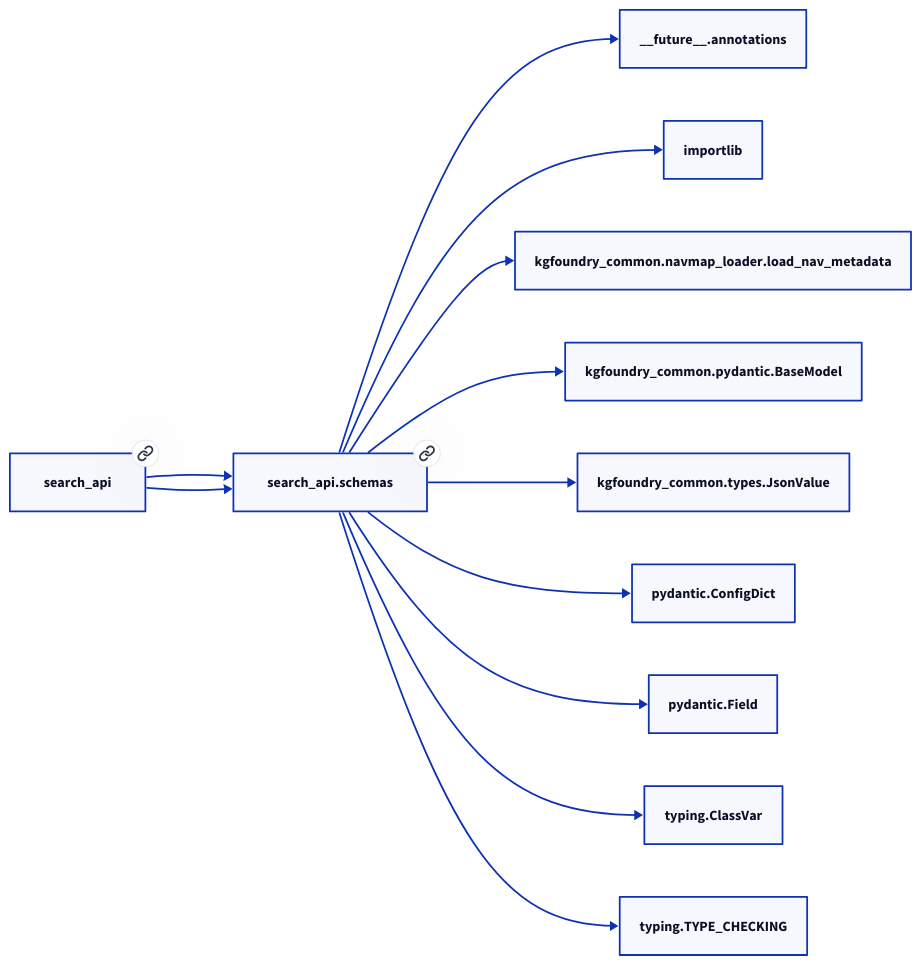
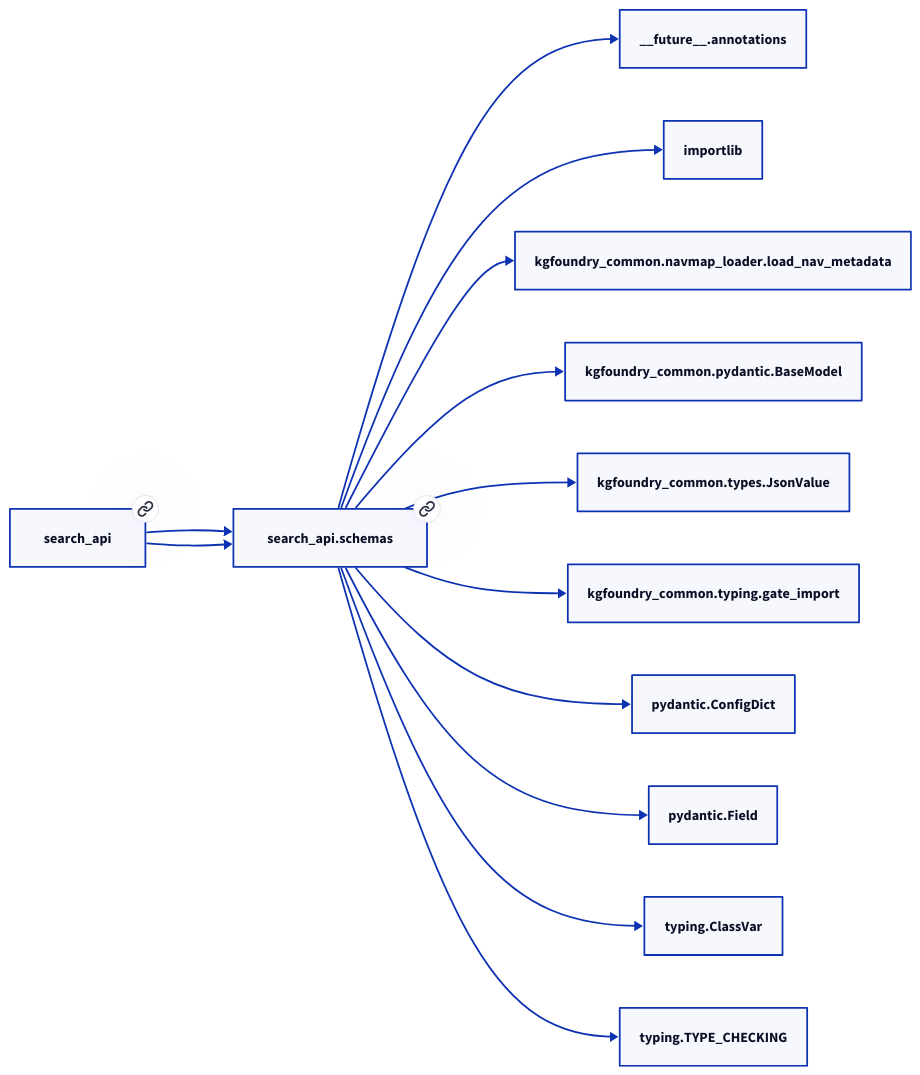
One commit to paul-heyse/kgforge changed the second of 2 diagrams in docs/modules/search_api/schemas.md. Above: the diagram before and after it, drawn with D2. The commit also changed other lines of this file and 107 other files, not shown here.

````diff
--- a/docs/modules/search_api/schemas.md
+++ b/docs/modules/search_api/schemas.md
@@ -62,25 +62,27 @@
 ```d2
 direction: right
 "search_api.schemas": "search_api.schemas" { link: "https://github.com/paul-heyse/kgfoundry/blob/main/src/search_api/schemas.py" }
 "__future__.annotations": "__future__.annotations"
 "search_api.schemas" -> "__future__.annotations"
 "importlib": "importlib"
 "search_api.schemas" -> "importlib"
 "kgfoundry_common.navmap_loader.load_nav_metadata": "kgfoundry_common.navmap_loader.load_nav_metadata"
 "search_api.schemas" -> "kgfoundry_common.navmap_loader.load_nav_metadata"
 "kgfoundry_common.pydantic.BaseModel": "kgfoundry_common.pydantic.BaseModel"
 "search_api.schemas" -> "kgfoundry_common.pydantic.BaseModel"
 "kgfoundry_common.types.JsonValue": "kgfoundry_common.types.JsonValue"
 "search_api.schemas" -> "kgfoundry_common.types.JsonValue"
+"kgfoundry_common.typing.gate_import": "kgfoundry_common.typing.gate_import"
+"search_api.schemas" -> "kgfoundry_common.typing.gate_import"
 "pydantic.ConfigDict": "pydantic.ConfigDict"
 "search_api.schemas" -> "pydantic.ConfigDict"
 "pydantic.Field": "pydantic.Field"
 "search_api.schemas" -> "pydantic.Field"
 "typing.ClassVar": "typing.ClassVar"
 "search_api.schemas" -> "typing.ClassVar"
 "typing.TYPE_CHECKING": "typing.TYPE_CHECKING"
 "search_api.schemas" -> "typing.TYPE_CHECKING"
 "search_api": "search_api" { link: "https://github.com/paul-heyse/kgfoundry/blob/main/src/search_api/__init__.py" }
 "search_api" -> "search_api.schemas"
 "search_api" -> "search_api.schemas" { style: dashed }
 ```
````
